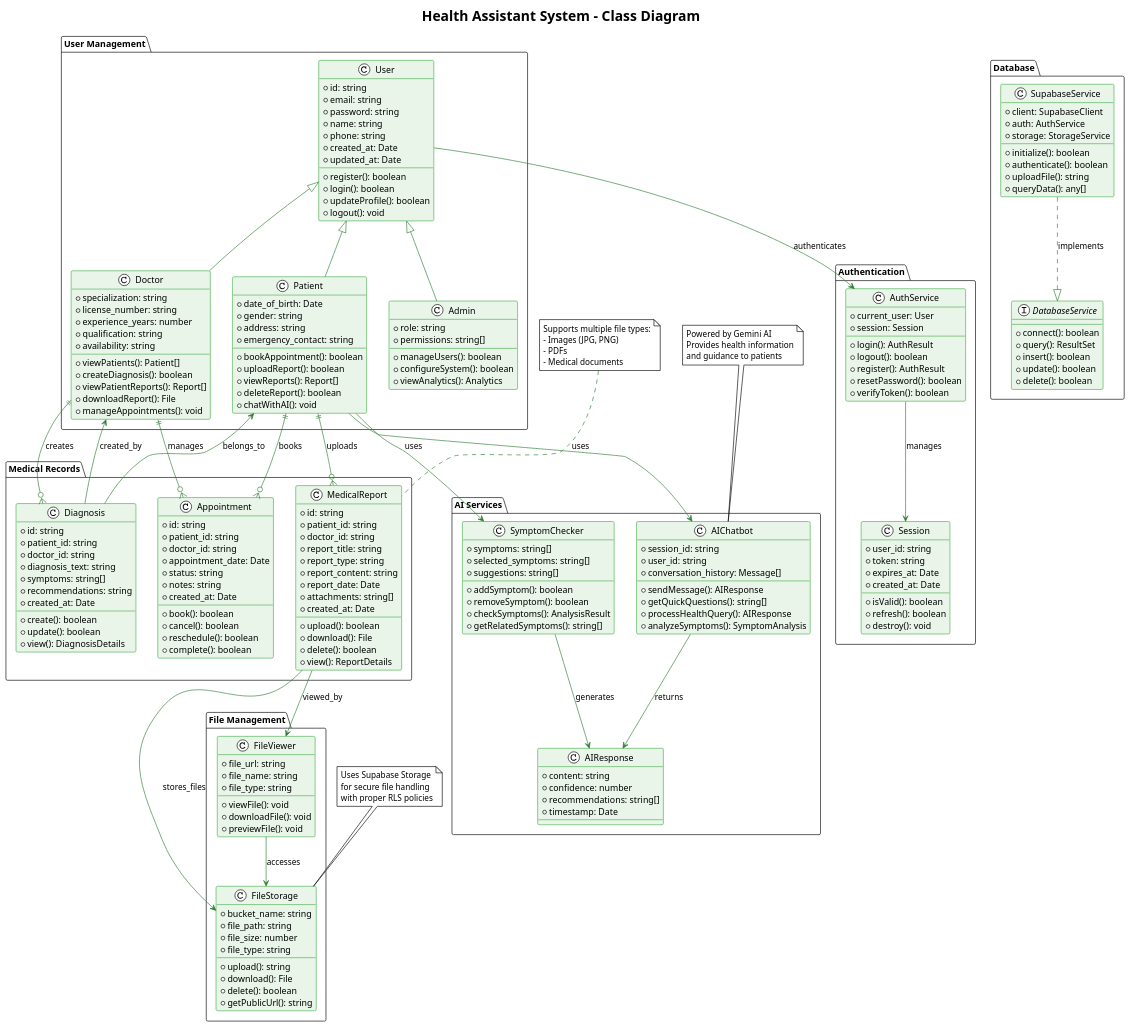
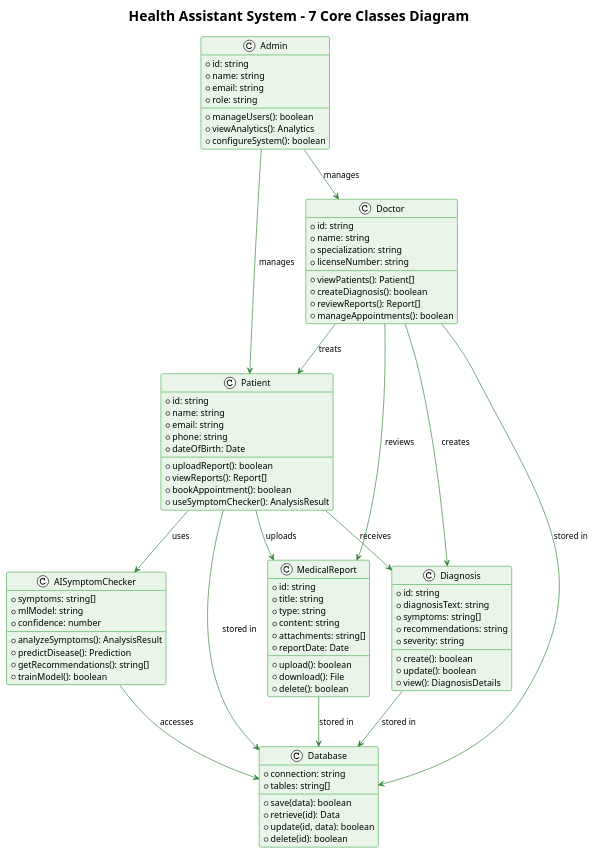
Before and after one commit to vatsalkc/advance-health-assistant: the diagram in diagrams/class-diagram.puml, drawn with PlantUML. The commit also changed 8 other files, not shown here.

```diff
--- a/diagrams/class-diagram.puml
+++ b/diagrams/class-diagram.puml
@@ -1,262 +1,108 @@
-@startuml Health Assistant Class Diagram
+@startuml Health Assistant 7 Core Classes Diagram
 !theme plain
 skinparam class {
   BackgroundColor #E8F5E8
   BorderColor #4CAF50
   ArrowColor #2E7D32
 }
-skinparam interface {
-  BackgroundColor #FFF3E0
-  BorderColor #FF9800
+
+title Health Assistant System - 7 Core Classes Diagram
+
+class Patient {
+  +id: string
+  +name: string
+  +email: string
+  +phone: string
+  +dateOfBirth: Date
+  --
+  +uploadReport(): boolean
+  +viewReports(): Report[]
+  +bookAppointment(): boolean
+  +useSymptomChecker(): AnalysisResult
 }
 
-title Health Assistant System - Class Diagram
-
-package "User Management" {
-  class User {
-    +id: string
-    +email: string
-    +password: string
-    +name: string
-    +phone: string
-    +created_at: Date
-    +updated_at: Date
-    --
-    +register(): boolean
-    +login(): boolean
-    +updateProfile(): boolean
-    +logout(): void
-  }
-  
-  class Patient {
-    +date_of_birth: Date
-    +gender: string
-    +address: string
-    +emergency_contact: string
-    --
-    +bookAppointment(): boolean
-    +uploadReport(): boolean
-    +viewReports(): Report[]
-    +deleteReport(): boolean
-    +chatWithAI(): void
-  }
-  
-  class Doctor {
-    +specialization: string
-    +license_number: string
-    +experience_years: number
-    +qualification: string
-    +availability: string
-    --
-    +viewPatients(): Patient[]
-    +createDiagnosis(): boolean
-    +viewPatientReports(): Report[]
-    +downloadReport(): File
-    +manageAppointments(): void
-  }
-  
-  class Admin {
-    +role: string
-    +permissions: string[]
-    --
-    +manageUsers(): boolean
-    +configureSystem(): boolean
-    +viewAnalytics(): Analytics
-  }
+class Doctor {
+  +id: string
+  +name: string
+  +specialization: string
+  +licenseNumber: string
+  --
+  +viewPatients(): Patient[]
+  +createDiagnosis(): boolean
+  +reviewReports(): Report[]
+  +manageAppointments(): boolean
 }
 
-package "Medical Records" {
-  class MedicalReport {
-    +id: string
-    +patient_id: string
-    +doctor_id: string
-    +report_title: string
-    +report_type: string
-    +report_content: string
-    +report_date: Date
-    +attachments: string[]
-    +created_at: Date
-    --
-    +upload(): boolean
-    +download(): File
-    +delete(): boolean
-    +view(): ReportDetails
-  }
-  
-  class Diagnosis {
-    +id: string
-    +patient_id: string
-    +doctor_id: string
-    +diagnosis_text: string
-    +symptoms: string[]
-    +recommendations: string
-    +created_at: Date
-    --
-    +create(): boolean
-    +update(): boolean
-    +view(): DiagnosisDetails
-  }
-  
-  class Appointment {
-    +id: string
-    +patient_id: string
-    +doctor_id: string
-    +appointment_date: Date
-    +status: string
-    +notes: string
-    +created_at: Date
-    --
-    +book(): boolean
-    +cancel(): boolean
-    +reschedule(): boolean
-    +complete(): boolean
-  }
+class Admin {
+  +id: string
+  +name: string
+  +email: string
+  +role: string
+  --
+  +manageUsers(): boolean
+  +viewAnalytics(): Analytics
+  +configureSystem(): boolean
 }
 
-package "AI Services" {
-  class AIChatbot {
-    +session_id: string
-    +user_id: string
-    +conversation_history: Message[]
-    --
-    +sendMessage(): AIResponse
-    +getQuickQuestions(): string[]
-    +processHealthQuery(): AIResponse
-    +analyzeSymptoms(): SymptomAnalysis
-  }
-  
-  class SymptomChecker {
-    +symptoms: string[]
-    +selected_symptoms: string[]
-    +suggestions: string[]
-    --
-    +addSymptom(): boolean
-    +removeSymptom(): boolean
-    +checkSymptoms(): AnalysisResult
-    +getRelatedSymptoms(): string[]
-  }
-  
-  class AIResponse {
-    +content: string
-    +confidence: number
-    +recommendations: string[]
-    +timestamp: Date
-  }
+class MedicalReport {
+  +id: string
+  +title: string
+  +type: string
+  +content: string
+  +attachments: string[]
+  +reportDate: Date
+  --
+  +upload(): boolean
+  +download(): File
+  +delete(): boolean
 }
 
-package "File Management" {
-  class FileStorage {
-    +bucket_name: string
-    +file_path: string
-    +file_size: number
-    +file_type: string
-    --
-    +upload(): string
-    +download(): File
-    +delete(): boolean
-    +getPublicUrl(): string
-  }
-  
-  class FileViewer {
-    +file_url: string
-    +file_name: string
-    +file_type: string
-    --
-    +viewFile(): void
-    +downloadFile(): void
-    +previewFile(): void
-  }
+class Diagnosis {
+  +id: string
+  +diagnosisText: string
+  +symptoms: string[]
+  +recommendations: string
+  +severity: string
+  --
+  +create(): boolean
+  +update(): boolean
+  +view(): DiagnosisDetails
 }
 
-package "Database" {
-  interface DatabaseService {
-    +connect(): boolean
-    +query(): ResultSet
-    +insert(): boolean
-    +update(): boolean
-    +delete(): boolean
-  }
-  
-  class SupabaseService {
-    +client: SupabaseClient
-    +auth: AuthService
-    +storage: StorageService
-    --
-    +initialize(): boolean
-    +authenticate(): boolean
-    +uploadFile(): string
-    +queryData(): any[]
-  }
+class Database {
+  +connection: string
+  +tables: string[]
+  --
+  +save(data): boolean
+  +retrieve(id): Data
+  +update(id, data): boolean
+  +delete(id): boolean
 }
 
-package "Authentication" {
-  class AuthService {
-    +current_user: User
-    +session: Session
-    --
-    +login(): AuthResult
-    +logout(): boolean
-    +register(): AuthResult
-    +resetPassword(): boolean
-    +verifyToken(): boolean
-  }
-  
-  class Session {
-    +user_id: string
-    +token: string
-    +expires_at: Date
-    +created_at: Date
-    --
-    +isValid(): boolean
-    +refresh(): boolean
-    +destroy(): void
-  }
+class AISymptomChecker {
+  +symptoms: string[]
+  +mlModel: string
+  +confidence: number
+  --
+  +analyzeSymptoms(): AnalysisResult
+  +predictDisease(): Prediction
+  +getRecommendations(): string[]
+  +trainModel(): boolean
 }
 
-' Inheritance Relationships
-User <|-- Patient
-User <|-- Doctor
-User <|-- Admin
-
-' Composition Relationships
-Patient ||--o{ MedicalReport : uploads
-Doctor ||--o{ Diagnosis : creates
-Patient ||--o{ Appointment : books
-Doctor ||--o{ Appointment : manages
-
-' Association Relationships
-Patient --> AIChatbot : uses
-Patient --> SymptomChecker : uses
-MedicalReport --> FileStorage : stores_files
-FileViewer --> FileStorage : accesses
-SupabaseService ..|> DatabaseService : implements
-AuthService --> Session : manages
-User --> AuthService : authenticates
-
-' Dependencies
-AIChatbot --> AIResponse : returns
-SymptomChecker --> AIResponse : generates
-MedicalReport --> FileViewer : viewed_by
-Diagnosis --> Patient : belongs_to
-Diagnosis --> Doctor : created_by
-
-note top of AIChatbot
-  Powered by Gemini AI
-  Provides health information
-  and guidance to patients
-end note
-
-note top of FileStorage
-  Uses Supabase Storage
-  for secure file handling
-  with proper RLS policies
-end note
-
-note top of MedicalReport
-  Supports multiple file types:
-  - Images (JPG, PNG)
-  - PDFs
-  - Medical documents
-end note
+' Simple Relationships
+Patient --> MedicalReport : uploads
+Patient --> Diagnosis : receives
+Patient --> AISymptomChecker : uses
+Doctor --> Patient : treats
+Doctor --> Diagnosis : creates
+Doctor --> MedicalReport : reviews
+Admin --> Patient : manages
+Admin --> Doctor : manages
+MedicalReport --> Database : stored in
+Diagnosis --> Database : stored in
+Patient --> Database : stored in
+Doctor --> Database : stored in
+AISymptomChecker --> Database : accesses
 
 @enduml
```
